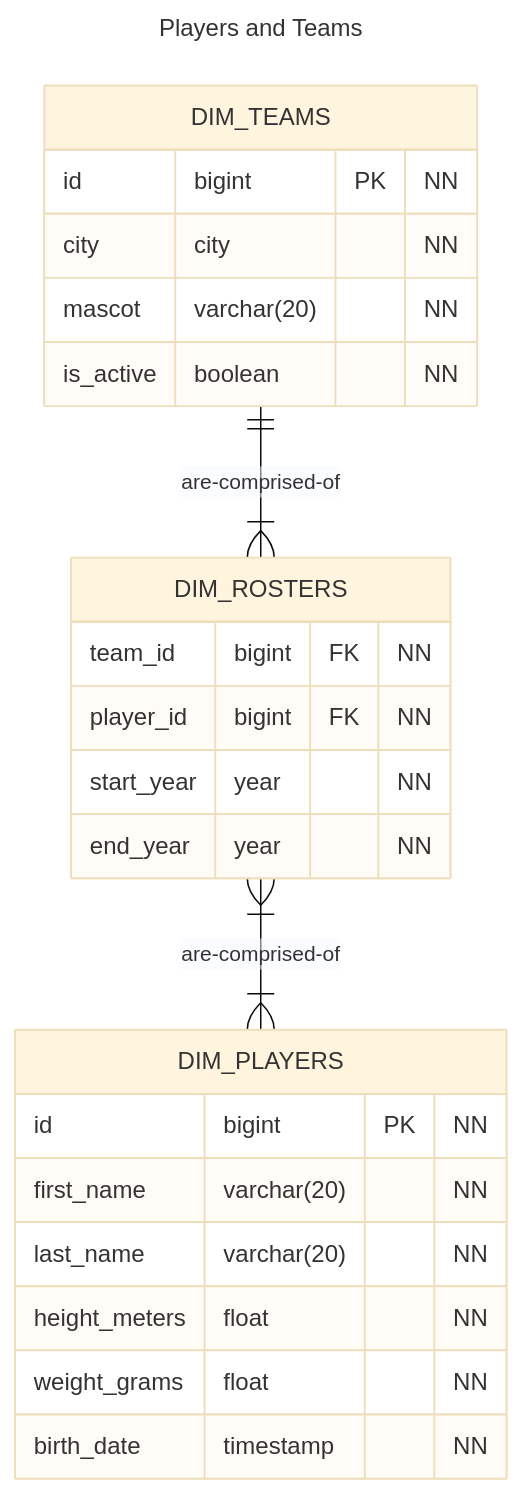
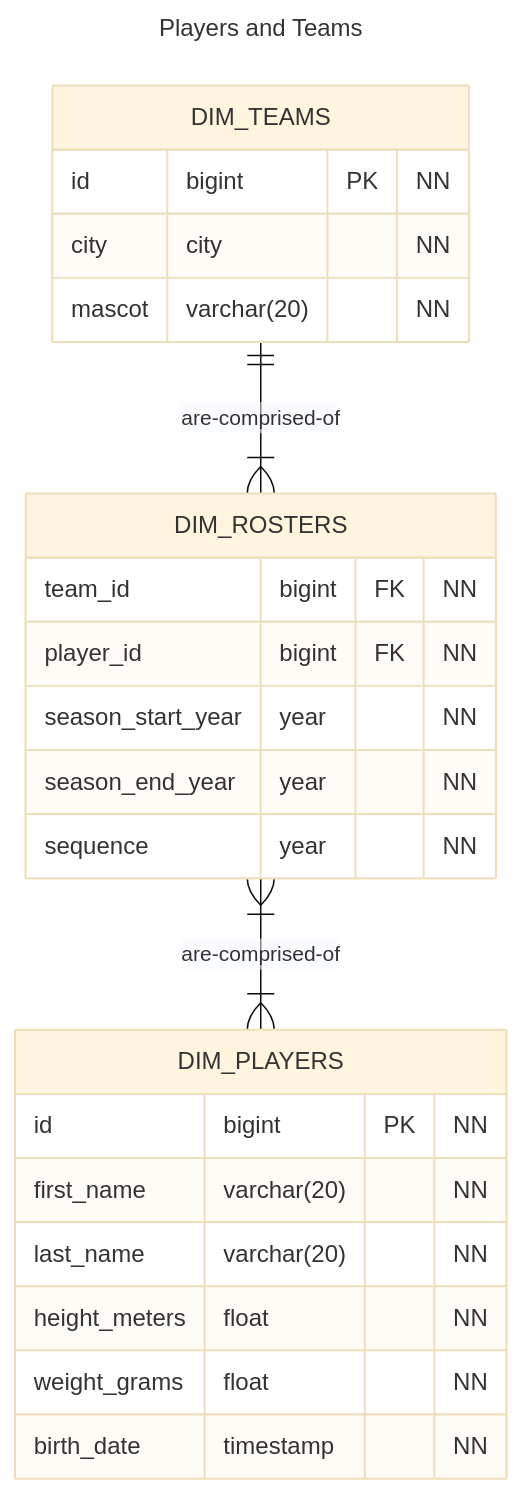
Before and after one commit to SwolenOstrich430/basketball-stats: the diagram in docs/database/erd/teams/teams-players.mmd, drawn with Mermaid (base theme). The commit also changed 7 other files, not shown here.

```diff
--- a/docs/database/erd/teams/teams-players.mmd
+++ b/docs/database/erd/teams/teams-players.mmd
@@ -1,30 +1,30 @@
 ---
 title: Players and Teams 
 ---
 
 erDiagram
     DIM_TEAMS ||--|{ DIM_ROSTERS : are-comprised-of
     DIM_ROSTERS }|--|{ DIM_PLAYERS : are-comprised-of
 
     DIM_TEAMS {
         id bigint PK "NN"
         city city "NN"
         mascot varchar(20) "NN" 
-        is_active boolean "NN"
     }
 
     DIM_ROSTERS {
         team_id bigint FK "NN" 
         player_id bigint FK "NN"
-        start_year year "NN" 
-        end_year year "NN"
+        season_start_year year "NN" 
+        season_end_year year "NN"
+        sequence year "NN"
     }
 
     DIM_PLAYERS {
         id bigint PK "NN"
         first_name varchar(20) "NN"
         last_name varchar(20) "NN" 
         height_meters float "NN" 
         weight_grams float "NN"
         birth_date timestamp "NN"
     }
```
